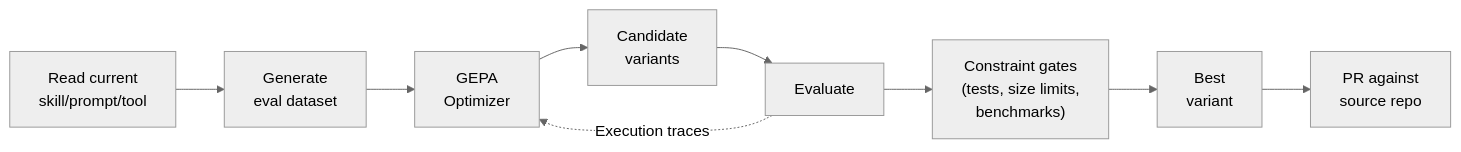
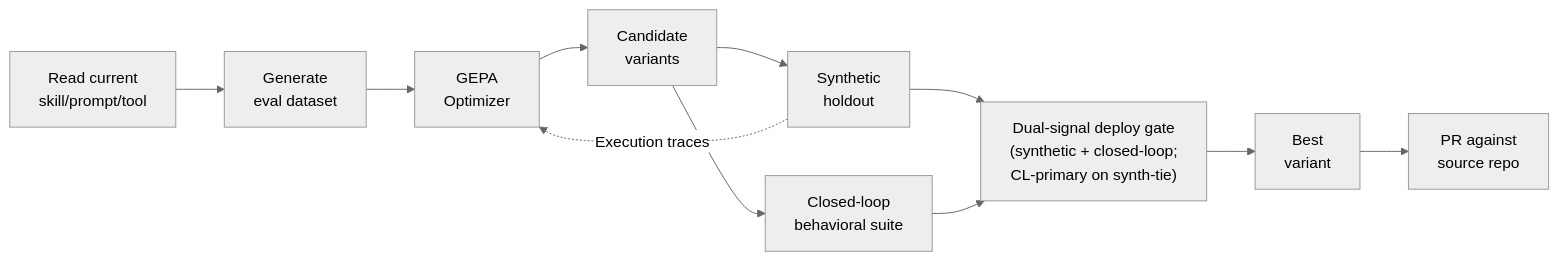
Before and after one commit to NousResearch/hermes-agent-self-evolution: the diagram in README.md, drawn with Mermaid (neutral theme). The commit also changed other lines of this file and 5 other files, not shown here.

````diff
--- a/README.md
+++ b/README.md
@@ -17,11 +17,13 @@
 ```mermaid
 flowchart LR
     A[Read current<br/>skill/prompt/tool] --> B[Generate<br/>eval dataset]
     B --> C[GEPA<br/>Optimizer]
     C --> D[Candidate<br/>variants]
-    D --> E[Evaluate]
-    E -. Execution traces .-> C
-    E --> F["Constraint gates<br/>(tests, size limits,<br/>benchmarks)"]
+    D --> E1[Synthetic<br/>holdout]
+    D --> E2[Closed-loop<br/>behavioral suite]
+    E1 -. Execution traces .-> C
+    E1 --> F["Dual-signal deploy gate<br/>(synthetic + closed-loop;<br/>CL-primary on synth-tie)"]
+    E2 --> F
     F --> G[Best<br/>variant]
     G --> H[PR against<br/>source repo]
 ```
````
